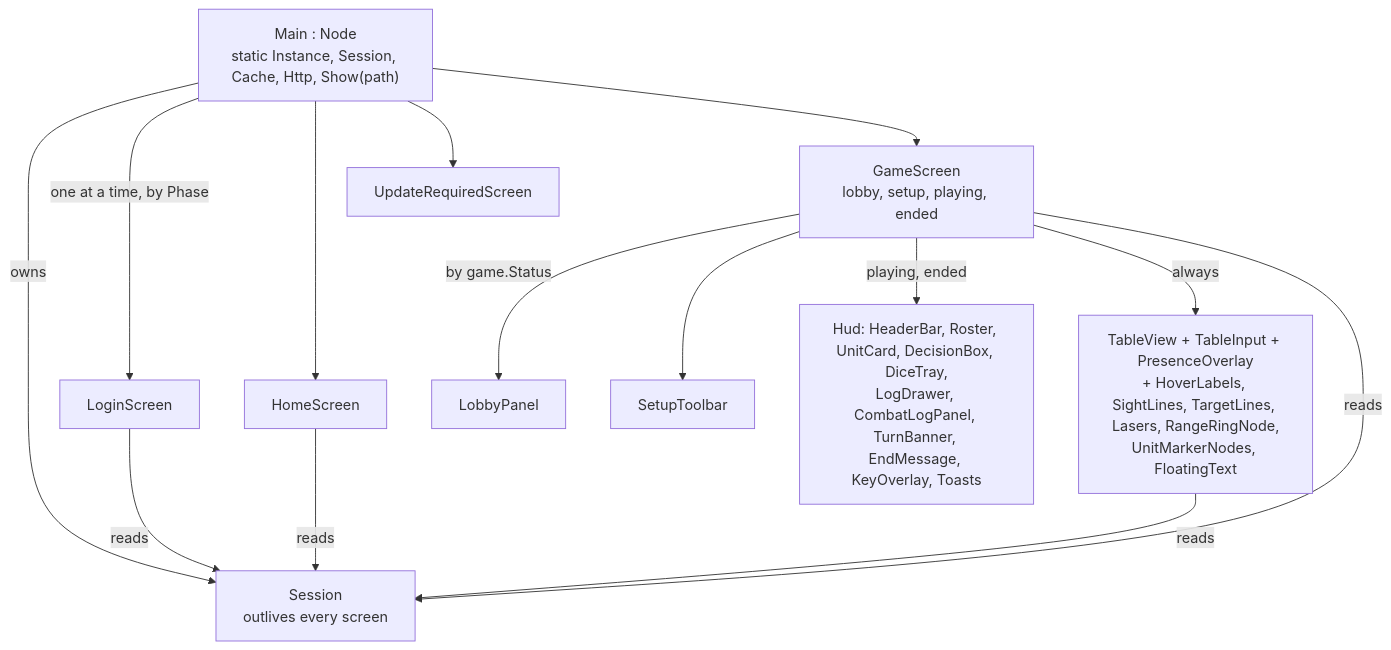
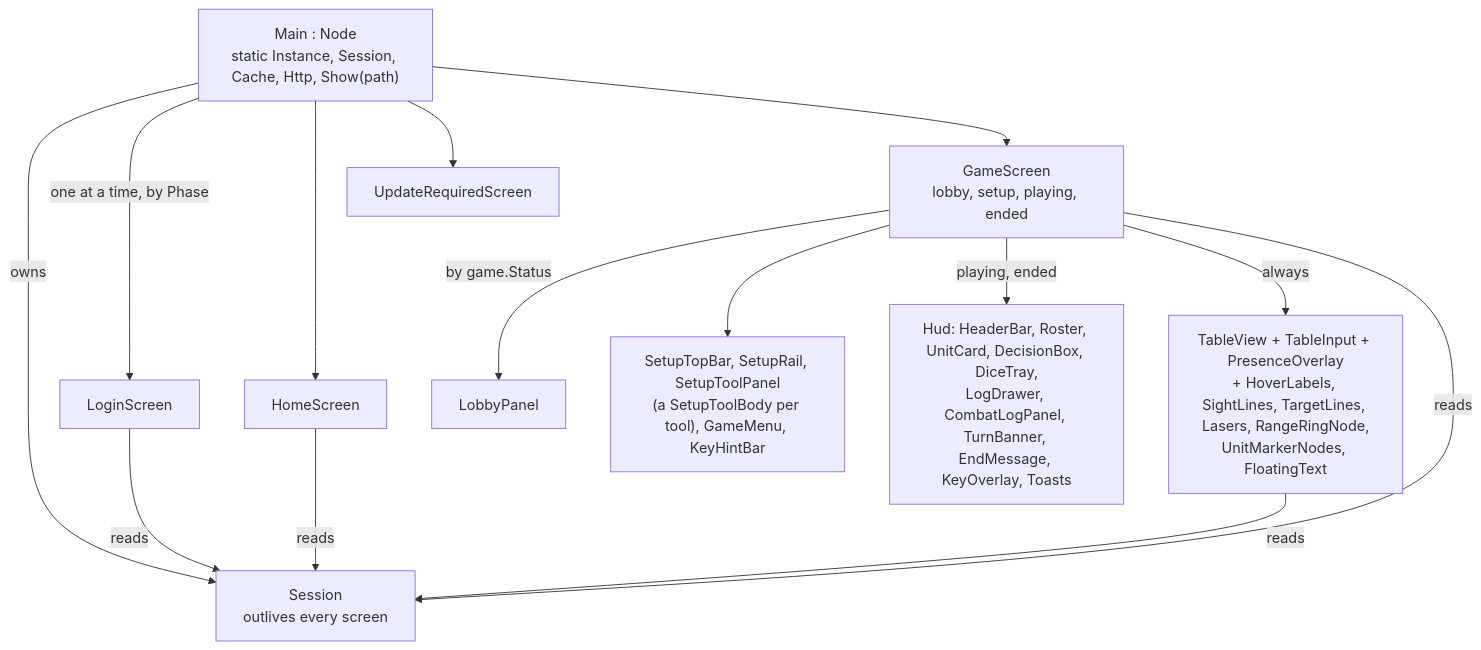
One commit to cstupi/tabletop changed the diagram in docs/design/client/core-and-screens.md. Above: the diagram before and after it, drawn with Mermaid. The commit also changed 3 other files, not shown here.

Commit message:
Docs: client AGENTS.md and the client design docs describe the setup frame (top bar, rail, one tool panel, game menu, hint bar) and the game menu's Leave game

````diff
--- a/docs/design/client/core-and-screens.md
+++ b/docs/design/client/core-and-screens.md
@@ -39,27 +39,27 @@
 ```mermaid
 flowchart TD
   main["Main : Node<br/>static Instance, Session, Cache, Http, Show(path)"]
   session["Session<br/>outlives every screen"]
   login["LoginScreen"]
   home["HomeScreen"]
   update["UpdateRequiredScreen"]
   gamescr["GameScreen<br/>lobby, setup, playing, ended"]
   lobby["LobbyPanel"]
-  setup["SetupToolbar"]
+  setup["SetupTopBar, SetupRail, SetupToolPanel<br/>(a SetupToolBody per tool), GameMenu, KeyHintBar"]
   hud["Hud: HeaderBar, Roster, UnitCard, DecisionBox, DiceTray,<br/>LogDrawer, CombatLogPanel, TurnBanner, EndMessage, KeyOverlay, Toasts"]
   table["TableView + TableInput + PresenceOverlay<br/>+ HoverLabels, SightLines, TargetLines, Lasers, RangeRingNode,<br/>UnitMarkerNodes, FloatingText"]
 
   main -- owns --> session
   main -- "one at a time, by Phase" --> login
   main --> home
   main --> update
   main --> gamescr
   gamescr -- "by game.Status" --> lobby
   gamescr --> setup
   gamescr -- "playing, ended" --> hud
   gamescr -- "always" --> table
   login -- reads --> session
   home -- reads --> session
   gamescr -- reads --> session
   table -- reads --> session
 ```
````
